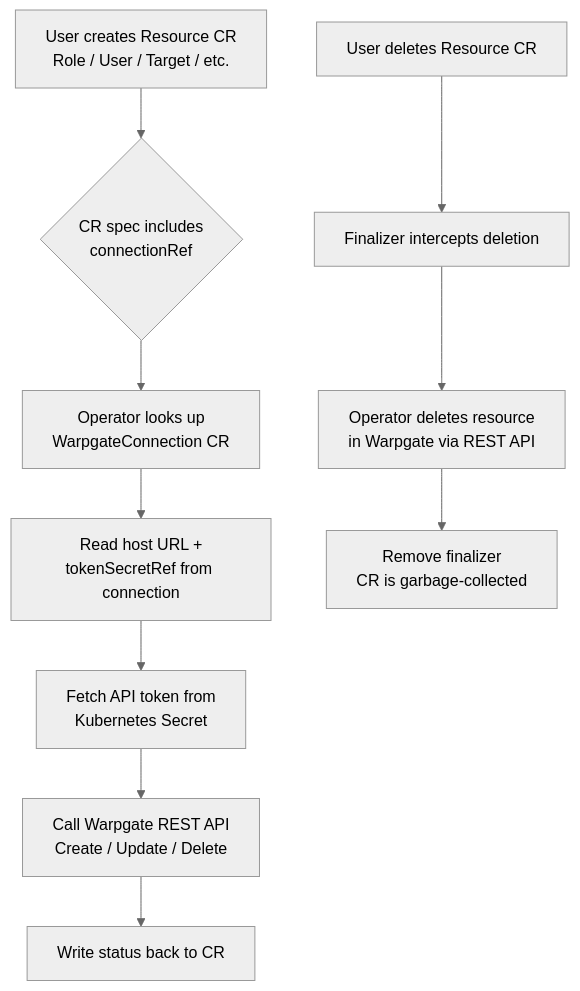
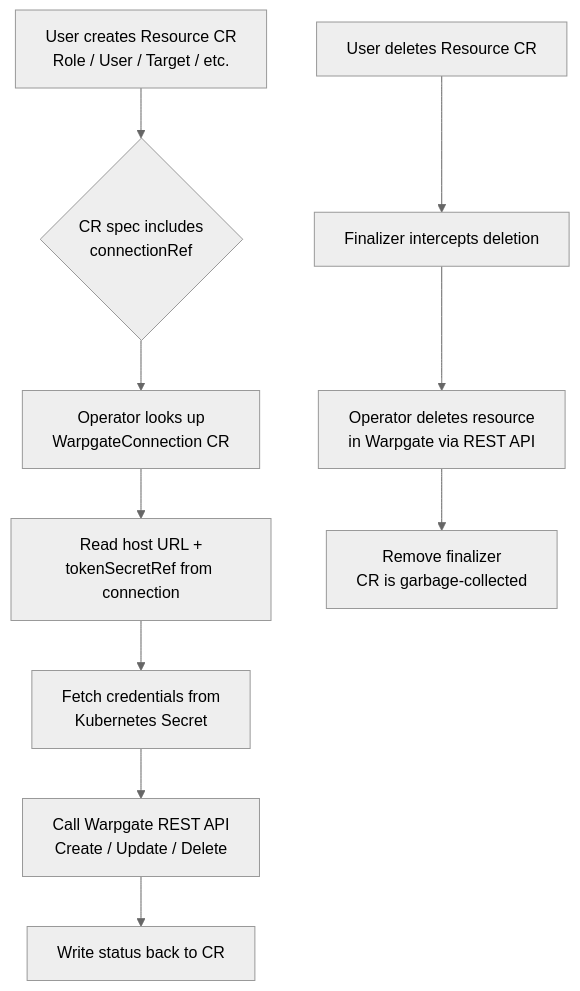
The first of 2 diagrams in README.md (thereisnotime/warpgate-operator), drawn with Mermaid (neutral theme) before and after one commit. The commit also changed other lines of this file and 13 other files, not shown here.

````diff
--- a/README.md
+++ b/README.md
@@ -118,13 +119,13 @@
 ```mermaid
 flowchart TD
     A[User creates Resource CR\nRole / User / Target / etc.] --> B{CR spec includes\nconnectionRef}
     B --> C[Operator looks up\nWarpgateConnection CR]
     C --> D[Read host URL +\ntokenSecretRef from connection]
-    D --> E[Fetch API token from\nKubernetes Secret]
+    D --> E[Fetch credentials from\nKubernetes Secret]
     E --> F[Call Warpgate REST API\nCreate / Update / Delete]
     F --> G[Write status back to CR]
 
     H[User deletes Resource CR] --> I[Finalizer intercepts deletion]
     I --> J[Operator deletes resource\nin Warpgate via REST API]
     J --> K[Remove finalizer\nCR is garbage-collected]
 ```
````
